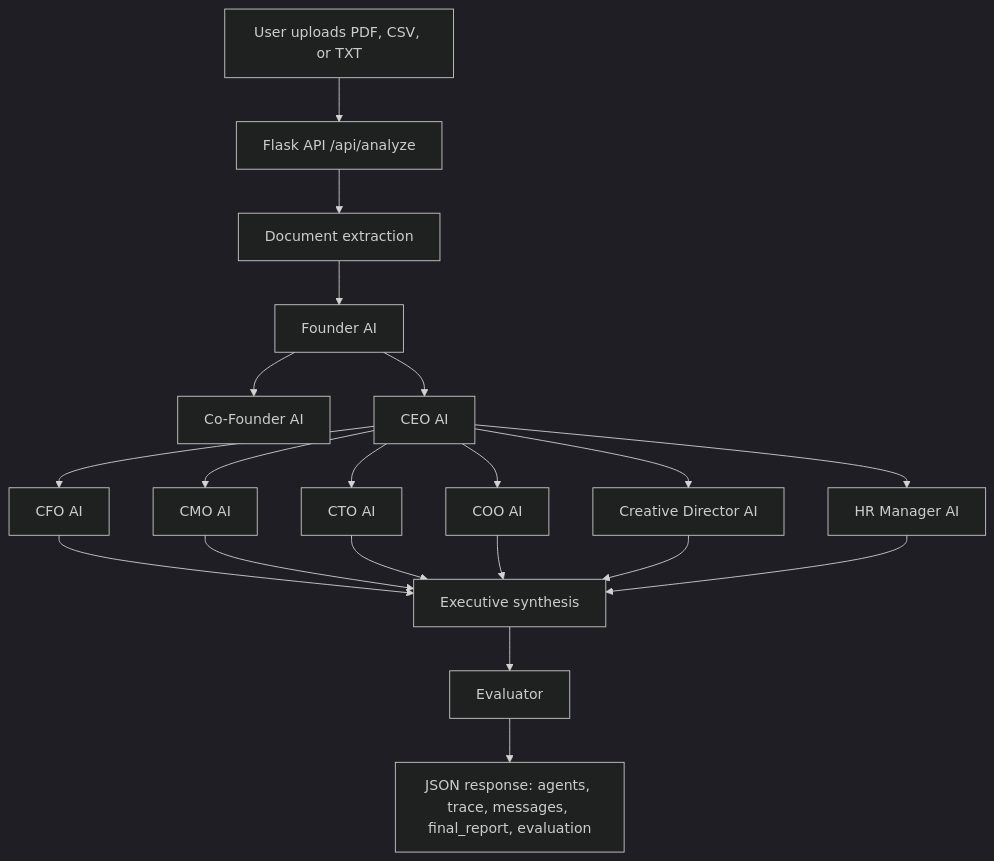
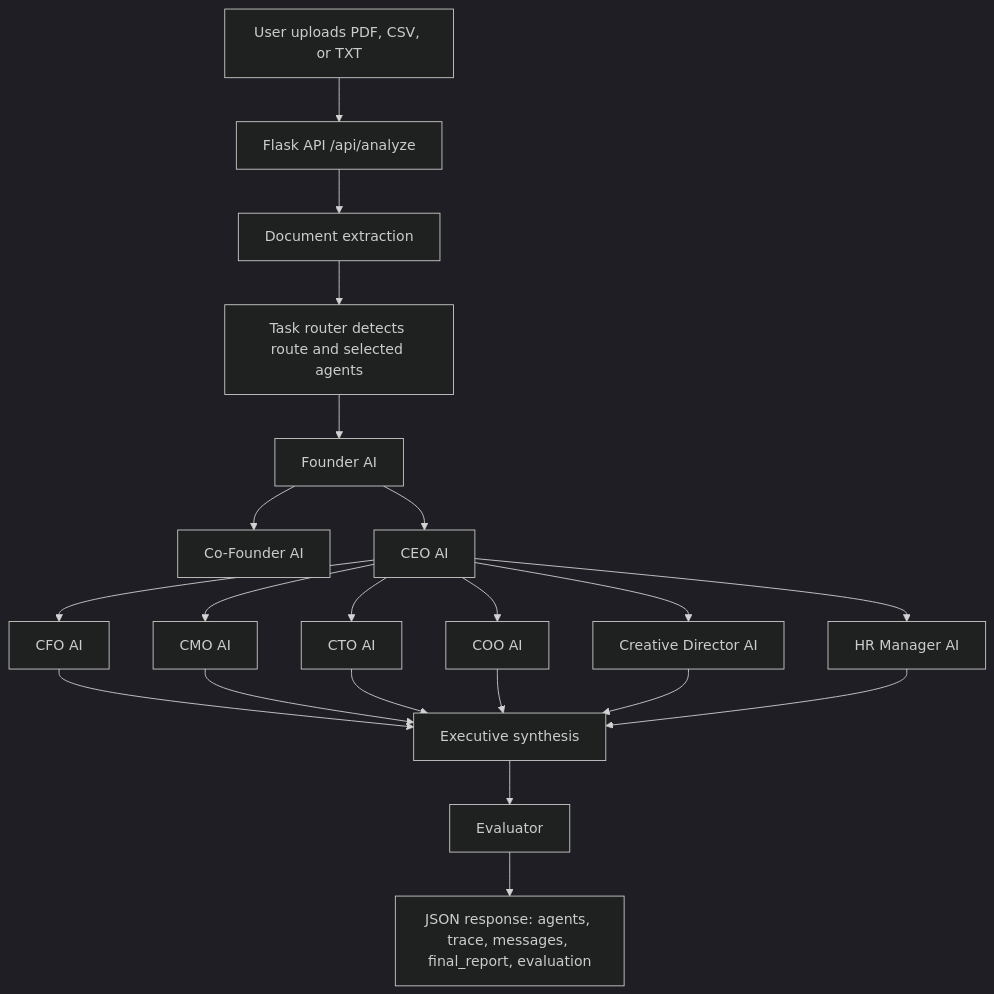
Before and after one commit to MrithunjoyB/finflow-ai: the diagram in README.md, drawn with Mermaid (dark theme). The commit also changed other lines of this file and 10 other files, not shown here.

````diff
--- a/README.md
+++ b/README.md
@@ -37,22 +40,23 @@
 ```mermaid
 flowchart TD
     U["User uploads PDF, CSV, or TXT"] --> API["Flask API /api/analyze"]
     API --> EX["Document extraction"]
-    EX --> F["Founder AI"]
+    EX --> ROUTER["Task router detects route and selected agents"]
+    ROUTER --> F["Founder AI"]
     F --> CF["Co-Founder AI"]
     F --> CEO["CEO AI"]
     CEO --> CFO["CFO AI"]
     CEO --> CMO["CMO AI"]
     CEO --> CTO["CTO AI"]
     CEO --> COO["COO AI"]
     CEO --> CR["Creative Director AI"]
     CEO --> HR["HR Manager AI"]
     CFO --> SYN["Executive synthesis"]
     CMO --> SYN
     CTO --> SYN
     COO --> SYN
     CR --> SYN
     HR --> SYN
     SYN --> EV["Evaluator"]
     EV --> RES["JSON response: agents, trace, messages, final_report, evaluation"]
 ```
````
